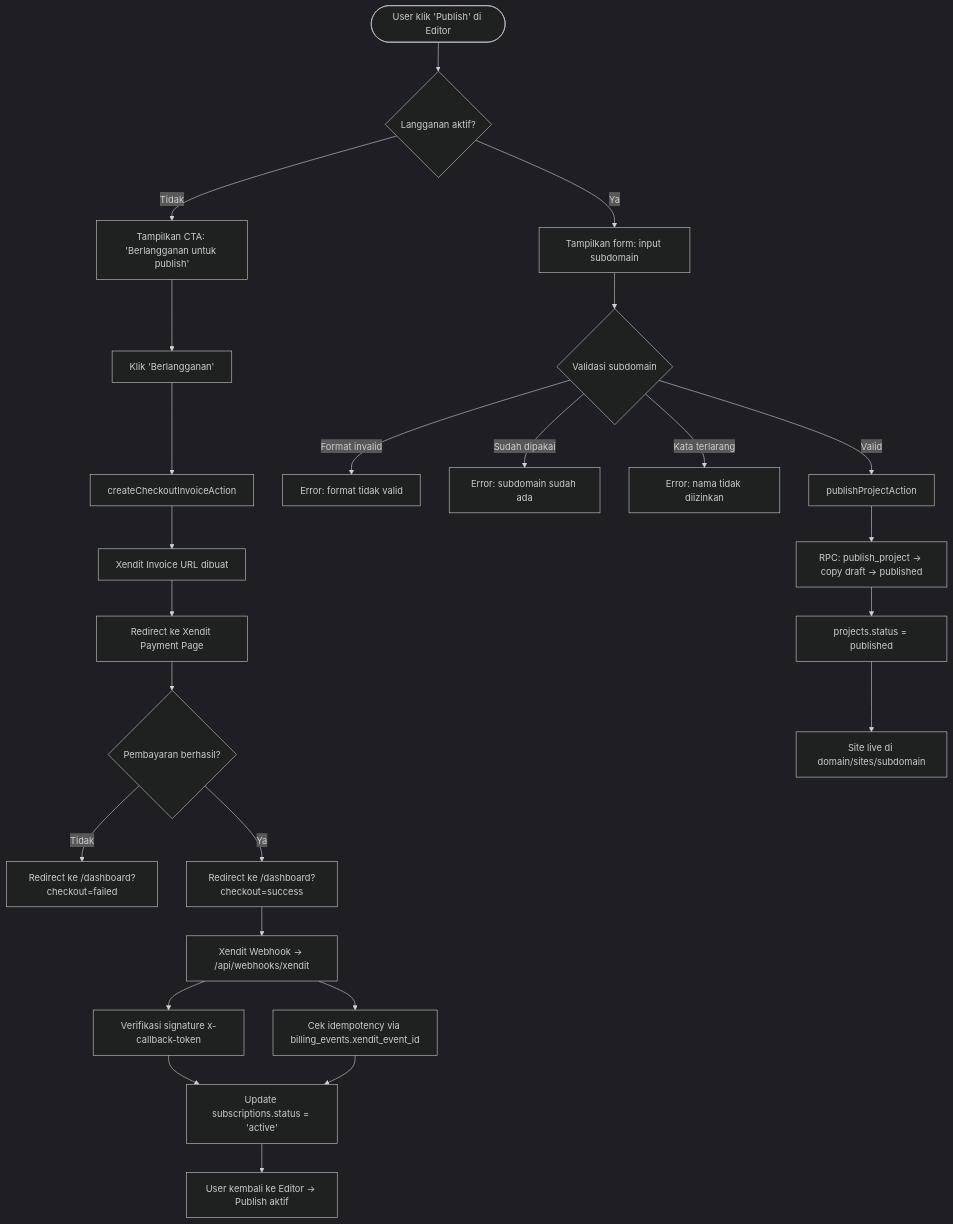
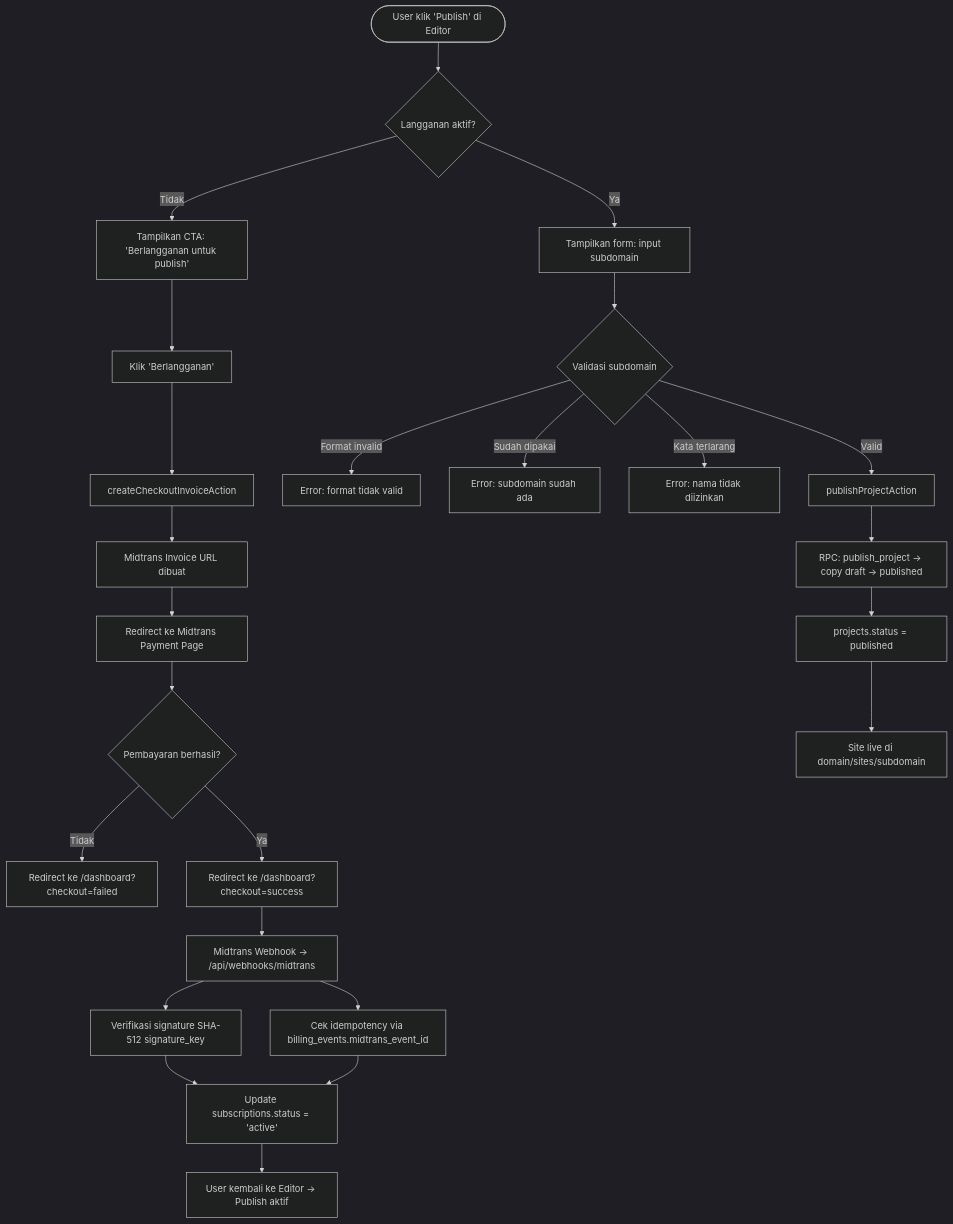
The fifth of 10 diagrams in docs/FLOW.md (portofio-official/portofio-saas), drawn with Mermaid (dark theme) before and after one commit. The commit also changed other lines of this file and 7 other files, not shown here.

First line of the commit message:
chore(docs): sync remaining Xendit references to Midtrans billing

````diff
--- a/docs/FLOW.md
+++ b/docs/FLOW.md
@@ -209,26 +209,26 @@
 ```mermaid
 flowchart TD
     A([User klik 'Publish' di Editor]) --> B{Langganan aktif?}
     B -- Tidak --> C[Tampilkan CTA: 'Berlangganan untuk publish']
     C --> D[Klik 'Berlangganan']
     D --> E[createCheckoutInvoiceAction]
-    E --> F[Xendit Invoice URL dibuat]
-    F --> G[Redirect ke Xendit Payment Page]
+    E --> F[Midtrans Invoice URL dibuat]
+    F --> G[Redirect ke Midtrans Payment Page]
     G --> H{Pembayaran berhasil?}
     H -- Tidak --> I[Redirect ke /dashboard?checkout=failed]
     H -- Ya --> J[Redirect ke /dashboard?checkout=success]
-    J --> K[Xendit Webhook → /api/webhooks/xendit]
-    K --> L[Verifikasi signature x-callback-token]
-    K --> M[Cek idempotency via billing_events.xendit_event_id]
+    J --> K[Midtrans Webhook → /api/webhooks/midtrans]
+    K --> L[Verifikasi signature SHA-512 signature_key]
+    K --> M[Cek idempotency via billing_events.midtrans_event_id]
     L & M --> N[Update subscriptions.status = 'active']
     N --> O[User kembali ke Editor → Publish aktif]
     B -- Ya --> P[Tampilkan form: input subdomain]
     P --> Q{Validasi subdomain}
     Q -- Format invalid --> R[Error: format tidak valid]
     Q -- Sudah dipakai --> S[Error: subdomain sudah ada]
     Q -- Kata terlarang --> T[Error: nama tidak diizinkan]
     Q -- Valid --> U[publishProjectAction]
     U --> V[RPC: publish_project → copy draft → published]
     V --> W[projects.status = published]
     W --> X[Site live di domain/sites/subdomain]
 ```
````
